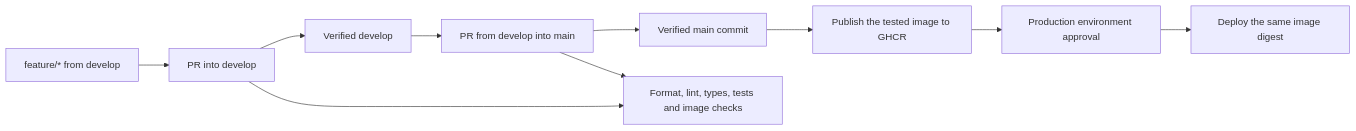
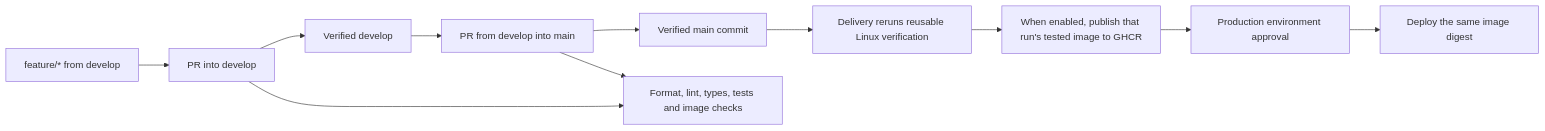
One commit to Treca-Raja/rajcord-public changed the diagram in docs/deployment.md. Above: the diagram before and after it, drawn with Mermaid. The commit also changed other lines of this file and 9 other files, not shown here.

Commit message:
ci: separate main-branch delivery from verification

````diff
--- a/docs/deployment.md
+++ b/docs/deployment.md
@@ -9,12 +9,13 @@
 ```mermaid
 flowchart LR
   Feature[feature/* from develop] --> FeaturePR[PR into develop]
   FeaturePR --> Develop[Verified develop]
   Develop --> ReleasePR[PR from develop into main]
   ReleasePR --> Main[Verified main commit]
   FeaturePR --> CI[Format, lint, types, tests and image checks]
   ReleasePR --> CI
-  Main --> Image[Publish the tested image to GHCR]
+  Main --> Delivery[Delivery reruns reusable Linux verification]
+  Delivery --> Image[When enabled, publish that run's tested image to GHCR]
   Image --> Approval[Production environment approval]
   Approval --> Production[Deploy the same image digest]
 ```
````
